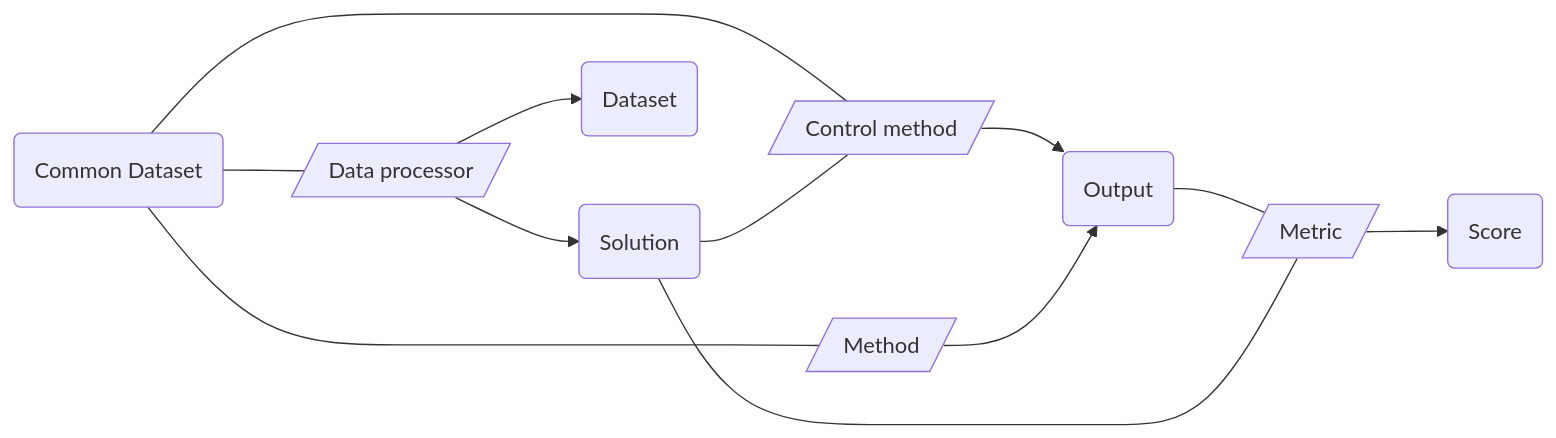
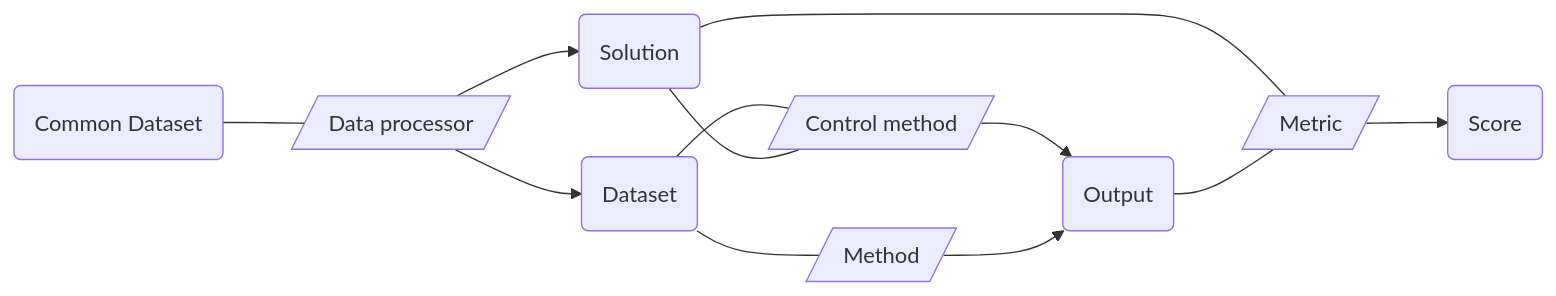
The diagram in src/tasks/spatially_variable_genes/README.md (openproblems-bio/openproblems-v2), drawn with Mermaid before and after one commit. The commit also changed other lines of this file, not shown here.

````diff
--- a/src/tasks/spatially_variable_genes/README.md
+++ b/src/tasks/spatially_variable_genes/README.md
@@ -43,23 +43,23 @@
 ``` mermaid
 flowchart LR
   file_common_dataset("Common Dataset")
+  comp_process_dataset[/"Data processor"/]
+  file_dataset("Dataset")
+  file_solution("Solution")
   comp_control_method[/"Control method"/]
   comp_method[/"Method"/]
-  comp_process_dataset[/"Data processor"/]
+  comp_metric[/"Metric"/]
   file_output("Output")
-  file_solution("Solution")
-  file_dataset("Dataset")
-  comp_metric[/"Metric"/]
   file_score("Score")
-  file_common_dataset---comp_control_method
-  file_common_dataset---comp_method
   file_common_dataset---comp_process_dataset
+  comp_process_dataset-->file_dataset
+  comp_process_dataset-->file_solution
+  file_dataset---comp_control_method
+  file_dataset---comp_method
+  file_solution---comp_control_method
+  file_solution---comp_metric
   comp_control_method-->file_output
   comp_method-->file_output
-  comp_process_dataset-->file_solution
-  comp_process_dataset-->file_dataset
+  comp_metric-->file_score
   file_output---comp_metric
-  file_solution---comp_control_method
-  file_solution---comp_metric
-  comp_metric-->file_score
 ```
````
